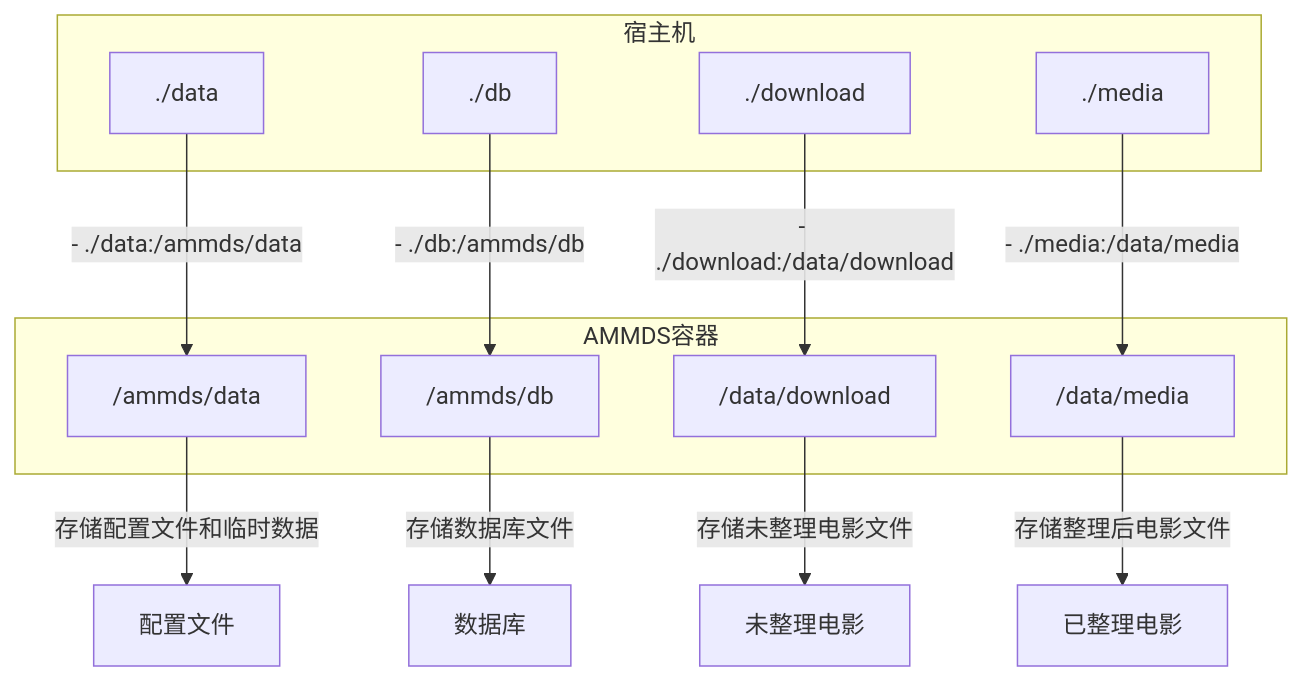
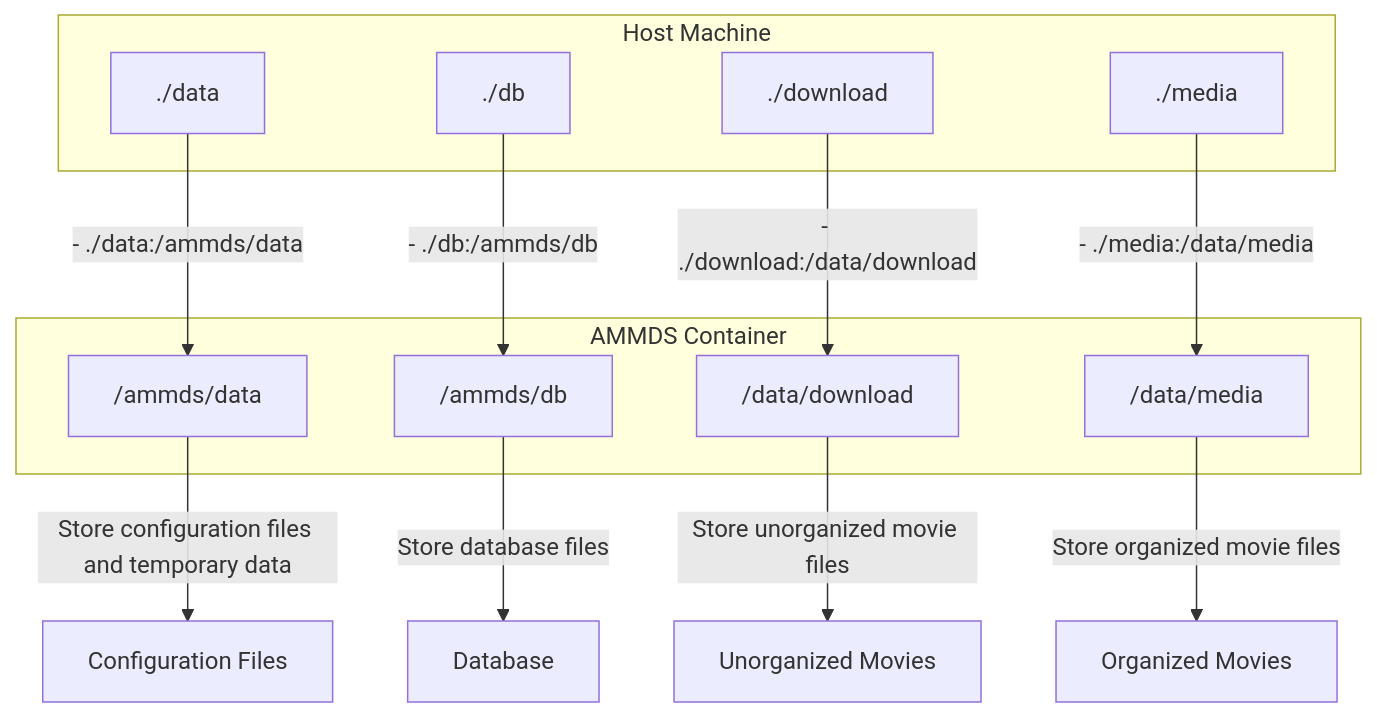
One commit to QYG2297248353/AMMDS-DOC changed the first of 5 diagrams in docs/usage/Mount.md. Above: the diagram before and after it, drawn with Mermaid. The commit also changed other lines of this file and 23 other files, not shown here.

````diff
--- a/docs/usage/Mount.md
+++ b/docs/usage/Mount.md
@@ -39,30 +39,30 @@
 ```mermaid
 flowchart TD
-    %% 宿主机目录
-    subgraph HOST["宿主机"]
+    %% Host directories
+    subgraph HOST["Host Machine"]
         H_DATA["./data"]
         H_DB["./db"]
         H_DOWNLOAD["./download"]
         H_MEDIA["./media"]
     end
 
-    %% AMMDS容器
-    subgraph AMMDS["AMMDS容器"]
+    %% AMMDS container
+    subgraph AMMDS["AMMDS Container"]
         A_DATA["/ammds/data"]
         A_DB["/ammds/db"]
         A_DOWNLOAD["/data/download"]
         A_MEDIA["/data/media"]
     end
 
-    %% 挂载关系
+    %% Mount relationships
     H_DATA -->|"- ./data:/ammds/data"| A_DATA
     H_DB -->|"- ./db:/ammds/db"| A_DB
     H_DOWNLOAD -->|"- ./download:/data/download"| A_DOWNLOAD
     H_MEDIA -->|"- ./media:/data/media"| A_MEDIA
 
-    %% 说明
-    A_DATA -->|"存储配置文件和临时数据"| CONFIG["配置文件"]
-    A_DB -->|"存储数据库文件"| DATABASE["数据库"]
-    A_DOWNLOAD -->|"存储未整理电影文件"| RAW_MEDIA["未整理电影"]
-    A_MEDIA -->|"存储整理后电影文件"| PROCESSED_MEDIA["已整理电影"]
+    %% Description
+    A_DATA -->|"Store configuration files and temporary data"| CONFIG["Configuration Files"]
+    A_DB -->|"Store database files"| DATABASE["Database"]
+    A_DOWNLOAD -->|"Store unorganized movie files"| RAW_MEDIA["Unorganized Movies"]
+    A_MEDIA -->|"Store organized movie files"| PROCESSED_MEDIA["Organized Movies"]
 ```
````
